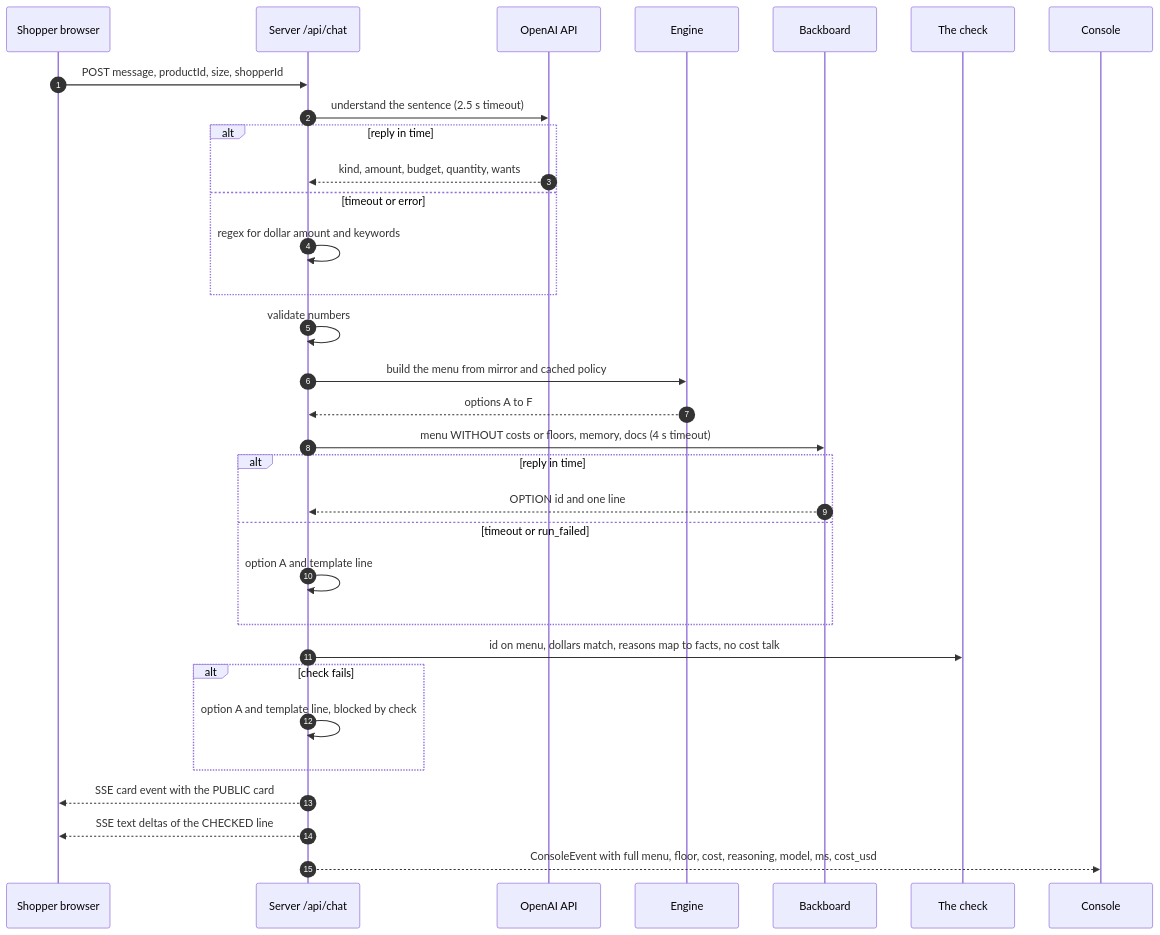
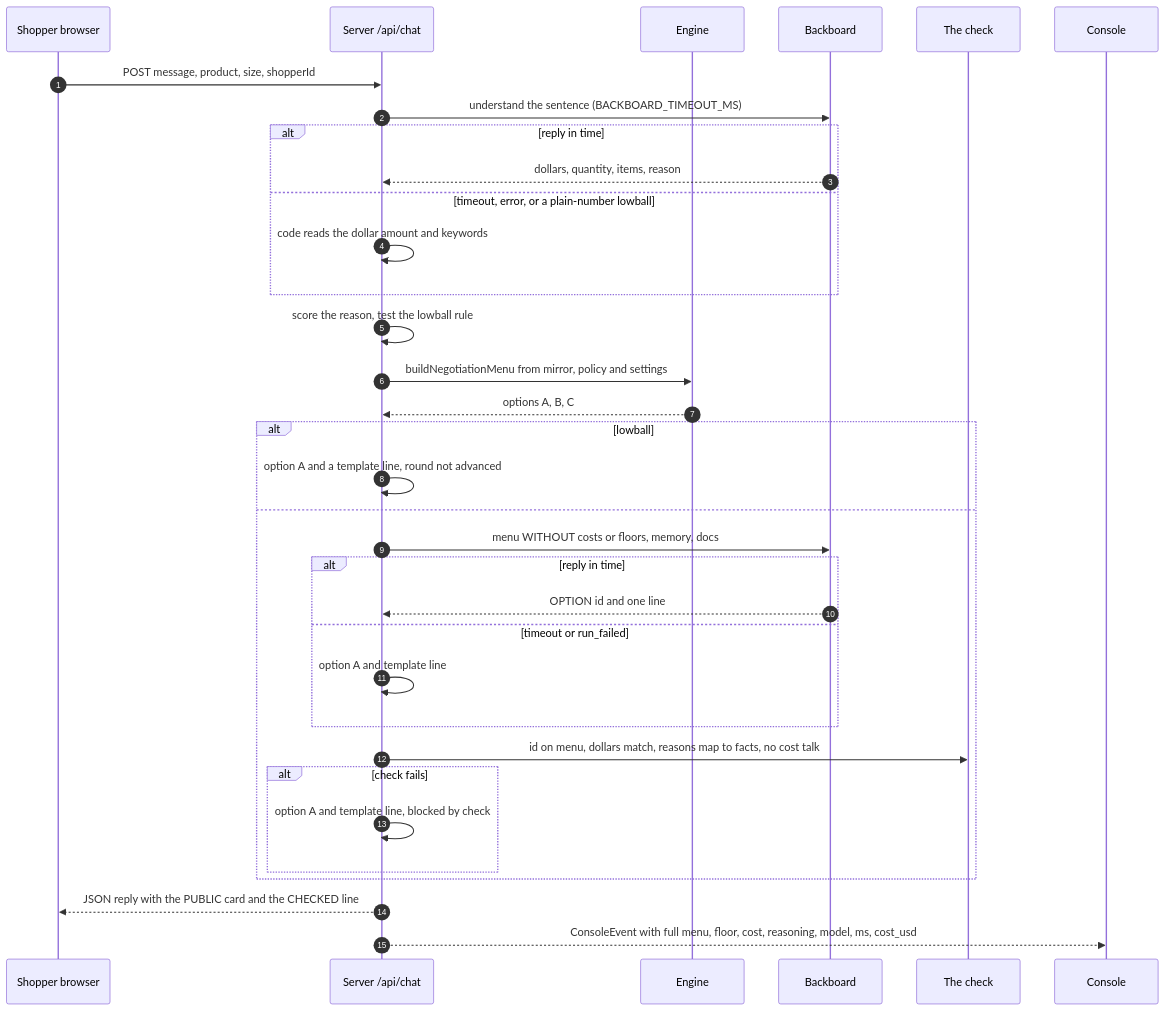
One commit to Maristanez/bazaar changed the second of 2 diagrams in docs/SPEC.md. Above: the diagram before and after it, drawn with Mermaid. The commit also changed other lines of this file and 13 other files, not shown here.

````diff
--- a/docs/SPEC.md
+++ b/docs/SPEC.md
@@ -237,35 +226,37 @@
 ```mermaid
 sequenceDiagram
   autonumber
   participant S as Shopper browser
   participant A as Server /api/chat
-  participant O as OpenAI API
   participant E as Engine
   participant B as Backboard
   participant K as The check
   participant C as Console
 
-  S->>A: POST message, productId, size, shopperId
-  A->>O: understand the sentence (2.5 s timeout)
+  S->>A: POST message, product, size, shopperId
+  A->>B: understand the sentence (BACKBOARD_TIMEOUT_MS)
   alt reply in time
-    O-->>A: kind, amount, budget, quantity, wants
-  else timeout or error
-    A->>A: regex for dollar amount and keywords
+    B-->>A: dollars, quantity, items, reason
+  else timeout, error, or a plain-number lowball
+    A->>A: code reads the dollar amount and keywords
   end
-  A->>A: validate numbers
-  A->>E: build the menu from mirror and cached policy
-  E-->>A: options A to F
-  A->>B: menu WITHOUT costs or floors, memory, docs (4 s timeout)
-  alt reply in time
-    B-->>A: OPTION id and one line
-  else timeout or run_failed
-    A->>A: option A and template line
+  A->>A: score the reason, test the lowball rule
+  A->>E: buildNegotiationMenu from mirror, policy and settings
+  E-->>A: options A, B, C
+  alt lowball
+    A->>A: option A and a template line, round not advanced
+  else
+    A->>B: menu WITHOUT costs or floors, memory, docs
+    alt reply in time
+      B-->>A: OPTION id and one line
+    else timeout or run_failed
+      A->>A: option A and template line
+    end
+    A->>K: id on menu, dollars match, reasons map to facts, no cost talk
+    alt check fails
+      A->>A: option A and template line, blocked by check
+    end
   end
-  A->>K: id on menu, dollars match, reasons map to facts, no cost talk
-  alt check fails
-    A->>A: option A and template line, blocked by check
-  end
-  A-->>S: SSE card event with the PUBLIC card
-  A-->>S: SSE text deltas of the CHECKED line
+  A-->>S: JSON reply with the PUBLIC card and the CHECKED line
   A-->>C: ConsoleEvent with full menu, floor, cost, reasoning, model, ms, cost_usd
 ```
````
